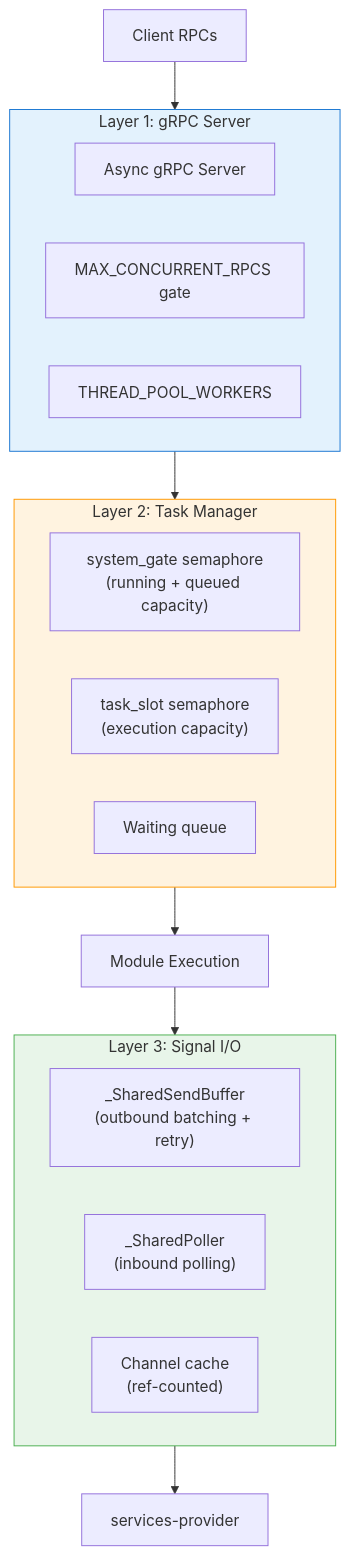
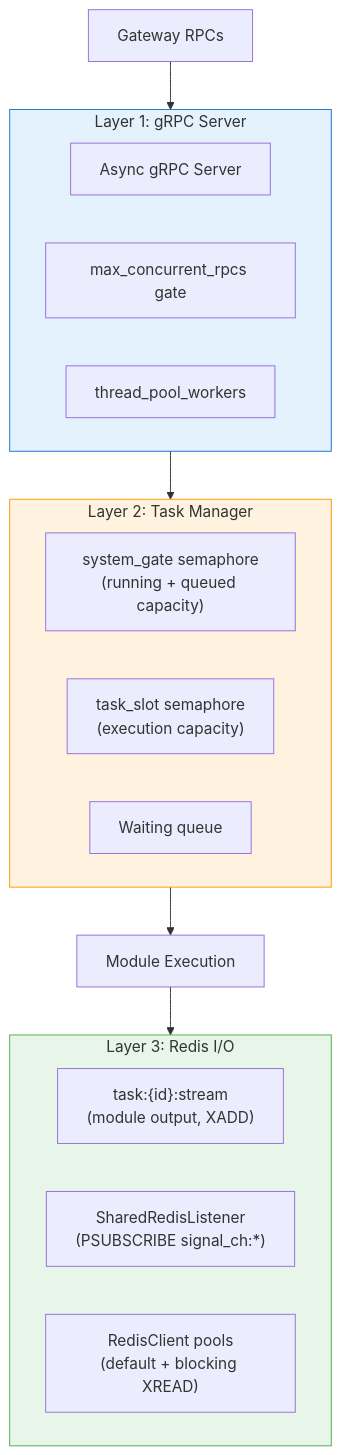
The first of 2 diagrams in docs/architecture/concurrency-model.md (DigitalKin-ai/digitalkin), drawn with Mermaid before and after one commit. The commit also changed other lines of this file and 141 other files, not shown here.

````diff
--- a/docs/architecture/concurrency-model.md
+++ b/docs/architecture/concurrency-model.md
@@ -7,33 +5,32 @@
 ```mermaid
 flowchart TB
     subgraph L1["Layer 1: gRPC Server"]
         direction LR
         S1["Async gRPC Server"]
-        S2["MAX_CONCURRENT_RPCS gate"]
-        S3["THREAD_POOL_WORKERS"]
+        S2["max_concurrent_rpcs gate"]
+        S3["thread_pool_workers"]
     end
 
     subgraph L2["Layer 2: Task Manager"]
         direction LR
         T1["system_gate semaphore<br/>(running + queued capacity)"]
         T2["task_slot semaphore<br/>(execution capacity)"]
         T3["Waiting queue"]
     end
 
-    subgraph L3["Layer 3: Signal I/O"]
+    subgraph L3["Layer 3: Redis I/O"]
         direction LR
-        IO1["_SharedSendBuffer<br/>(outbound batching + retry)"]
-        IO2["_SharedPoller<br/>(inbound polling)"]
-        IO3["Channel cache<br/>(ref-counted)"]
+        IO1["task:{id}:stream<br/>(module output, XADD)"]
+        IO2["SharedRedisListener<br/>(PSUBSCRIBE signal_ch:*)"]
+        IO3["RedisClient pools<br/>(default + blocking XREAD)"]
     end
 
-    CLIENT["Client RPCs"] --> L1
+    CLIENT["Gateway RPCs"] --> L1
     L1 --> L2
     L2 --> EXEC["Module Execution"]
     EXEC --> L3
-    L3 --> SP["services-provider"]
 
     style L1 fill:#e3f2fd,stroke:#1976d2
     style L2 fill:#fff3e0,stroke:#ff9800
     style L3 fill:#e8f5e9,stroke:#4caf50
 ```
````
